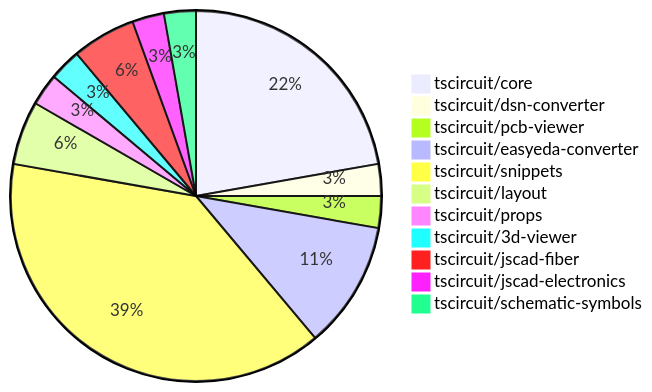
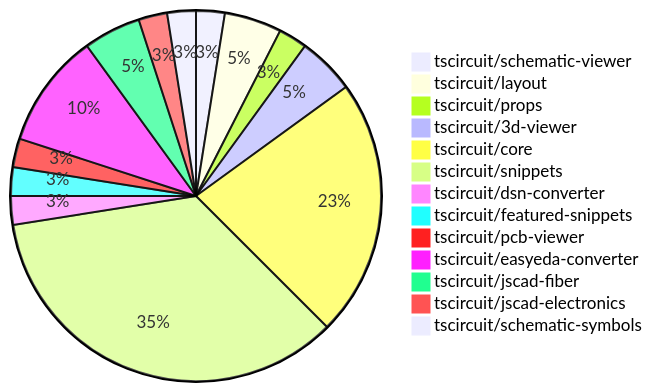
Before and after one commit to tscircuit/contribution-tracker: the diagram in contribution-overviews/2024-10-30.md, drawn with Mermaid. The commit also changed other lines of this file and 1 other file, not shown here.

````diff
--- a/contribution-overviews/2024-10-30.md
+++ b/contribution-overviews/2024-10-30.md
@@ -5,14 +5,16 @@
 ```mermaid
 pie
-    "tscircuit/core" : 8
+    "tscircuit/schematic-viewer" : 1
+    "tscircuit/layout" : 2
+    "tscircuit/props" : 1
+    "tscircuit/3d-viewer" : 2
+    "tscircuit/core" : 9
+    "tscircuit/snippets" : 14
     "tscircuit/dsn-converter" : 1
+    "tscircuit/featured-snippets" : 1
     "tscircuit/pcb-viewer" : 1
     "tscircuit/easyeda-converter" : 4
-    "tscircuit/snippets" : 14
-    "tscircuit/layout" : 2
-    "tscircuit/props" : 1
-    "tscircuit/3d-viewer" : 1
     "tscircuit/jscad-fiber" : 2
     "tscircuit/jscad-electronics" : 1
     "tscircuit/schematic-symbols" : 1
 ```
````
